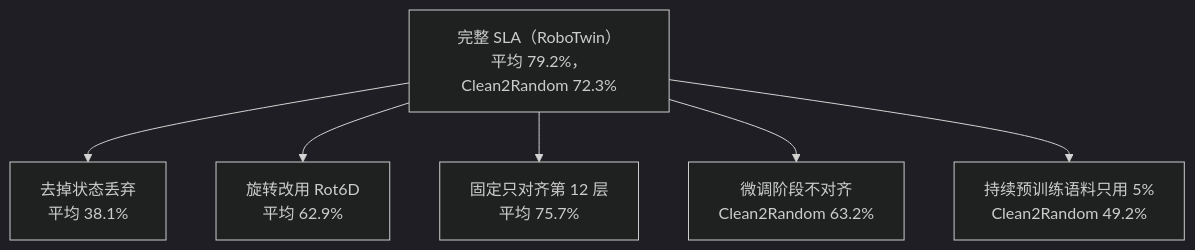
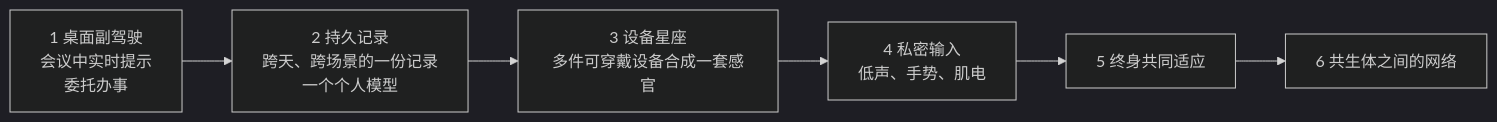
Before and after one commit to yingwang/paper-reads: the sixth of 6 diagrams in docs/index.md, drawn with Mermaid (dark theme). The commit also changed other lines of this file and 2 other files, not shown here.

````diff
--- a/docs/index.md
+++ b/docs/index.md
@@ -311,9 +266,8 @@
 ```mermaid
-flowchart TD
-    R["完整 SLA（RoboTwin）<br/>平均 79.2%，Clean2Random 72.3%"]
-    R --> A1["去掉状态丢弃<br/>平均 38.1%"]
-    R --> A3["旋转改用 Rot6D<br/>平均 62.9%"]
-    R --> A4["固定只对齐第 12 层<br/>平均 75.7%"]
-    R --> A2["微调阶段不对齐<br/>Clean2Random 63.2%"]
-    R --> A5["持续预训练语料只用 5%<br/>Clean2Random 49.2%"]
+flowchart LR
+    S1["1 桌面副驾驶<br/>会议中实时提示<br/>委托办事"] --> S2["2 持久记录<br/>跨天、跨场景的一份记录<br/>一个个人模型"]
+    S2 --> S3["3 设备星座<br/>多件可穿戴设备合成一套感官"]
+    S3 --> S4["4 私密输入<br/>低声、手势、肌电"]
+    S4 --> S5["5 终身共同适应"]
+    S5 --> S6["6 共生体之间的网络"]
 ```
````
